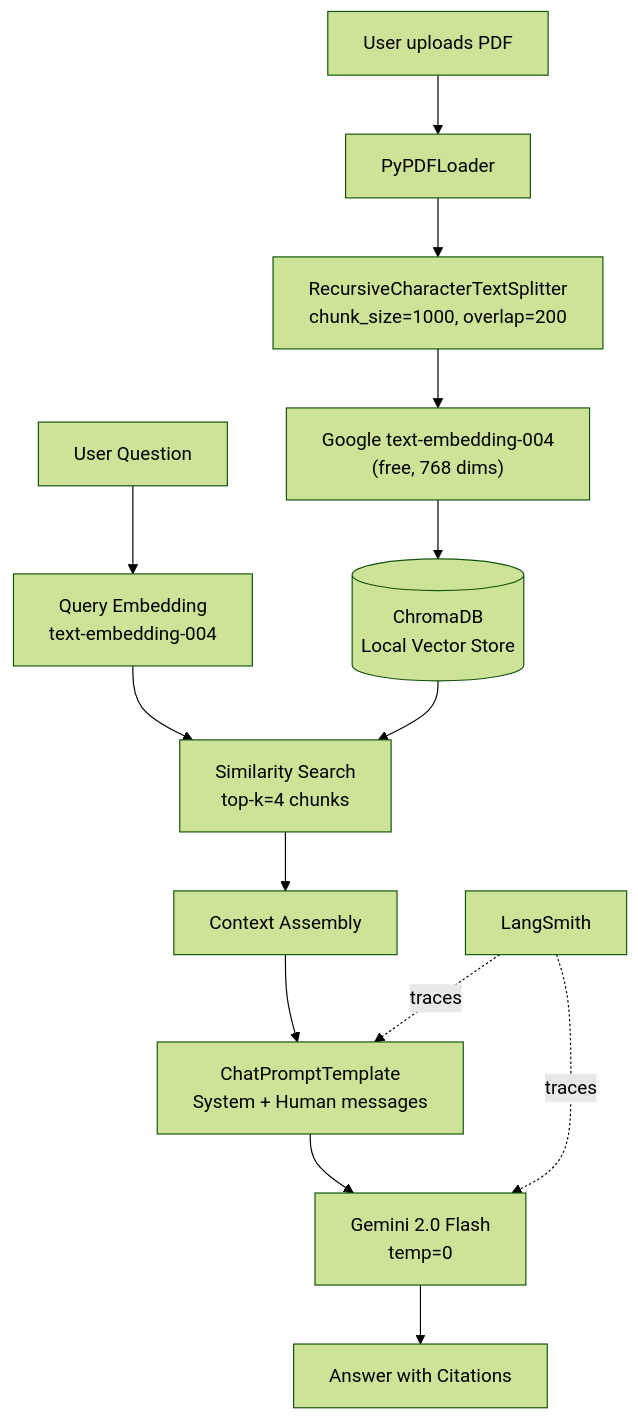
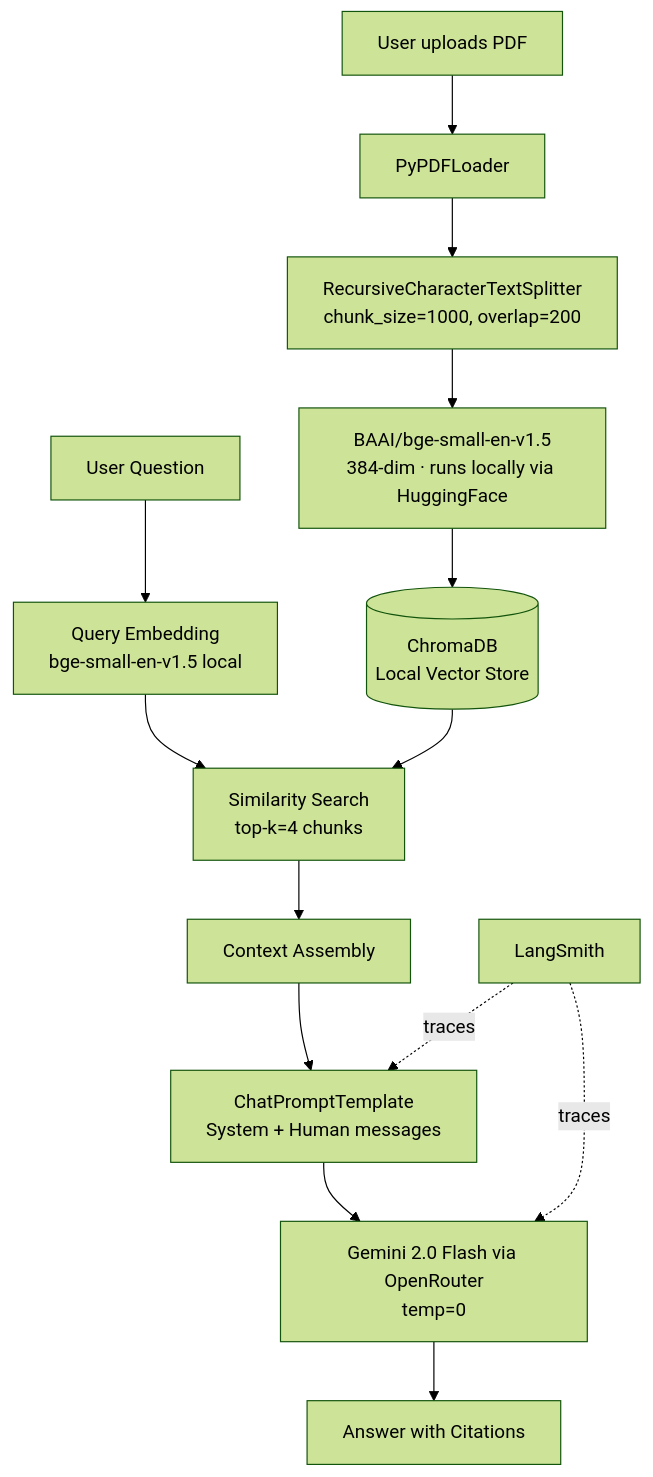
One commit to themoizqureshi/rag-chatbot-langchain changed the diagram in docs/architecture.md. Above: the diagram before and after it, drawn with Mermaid (forest theme). The commit also changed other lines of this file and 2 other files, not shown here.

Commit message:
docs: update README and architecture to reflect HuggingFace embeddings and OpenRouter

````diff
--- a/docs/architecture.md
+++ b/docs/architecture.md
@@ -5,18 +5,18 @@
 ```mermaid
 graph TD
     A[User uploads PDF] --> B[PyPDFLoader]
     B --> C["RecursiveCharacterTextSplitter\nchunk_size=1000, overlap=200"]
-    C --> D["Google text-embedding-004\n(free, 768 dims)"]
+    C --> D["BAAI/bge-small-en-v1.5\n384-dim · runs locally via HuggingFace"]
     D --> E[("ChromaDB\nLocal Vector Store")]
 
-    F[User Question] --> G["Query Embedding\ntext-embedding-004"]
+    F[User Question] --> G["Query Embedding\nbge-small-en-v1.5 local"]
     G --> H["Similarity Search\ntop-k=4 chunks"]
     E --> H
     H --> I[Context Assembly]
     I --> J["ChatPromptTemplate\nSystem + Human messages"]
-    J --> K["Gemini 2.0 Flash\ntemp=0"]
+    J --> K["Gemini 2.0 Flash via OpenRouter\ntemp=0"]
     K --> L[Answer with Citations]
 
     M[LangSmith] -.->|traces| J
     M -.->|traces| K
 ```
````
